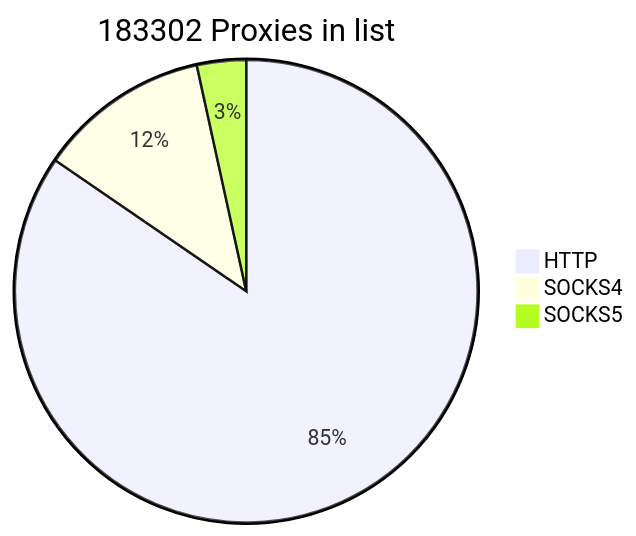
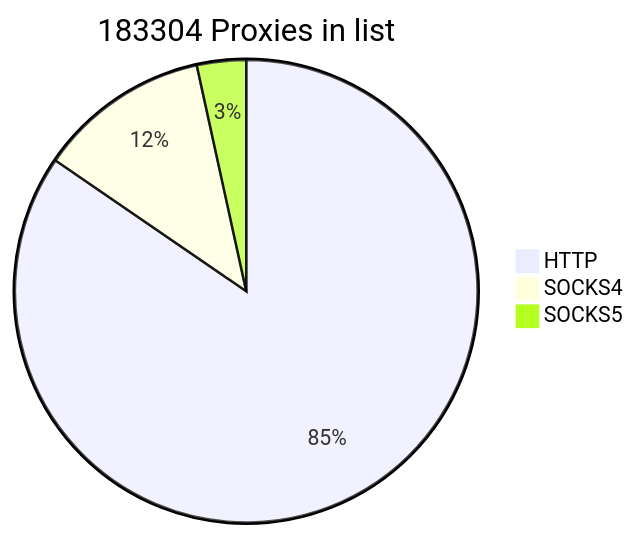
The first of 2 diagrams in README.md (cutipu/proxylist), drawn with Mermaid before and after one commit. The commit also changed other lines of this file, not shown here.

````diff
--- a/README.md
+++ b/README.md
@@ -2,7 +2,7 @@
 ```mermaid
-pie title 183302 Proxies in list
-    "HTTP" : 155010
-    "SOCKS4" : 22000
+pie title 183304 Proxies in list
+    "HTTP" : 155011
+    "SOCKS4" : 22001
     "SOCKS5" : 6292
             
 ```
````
